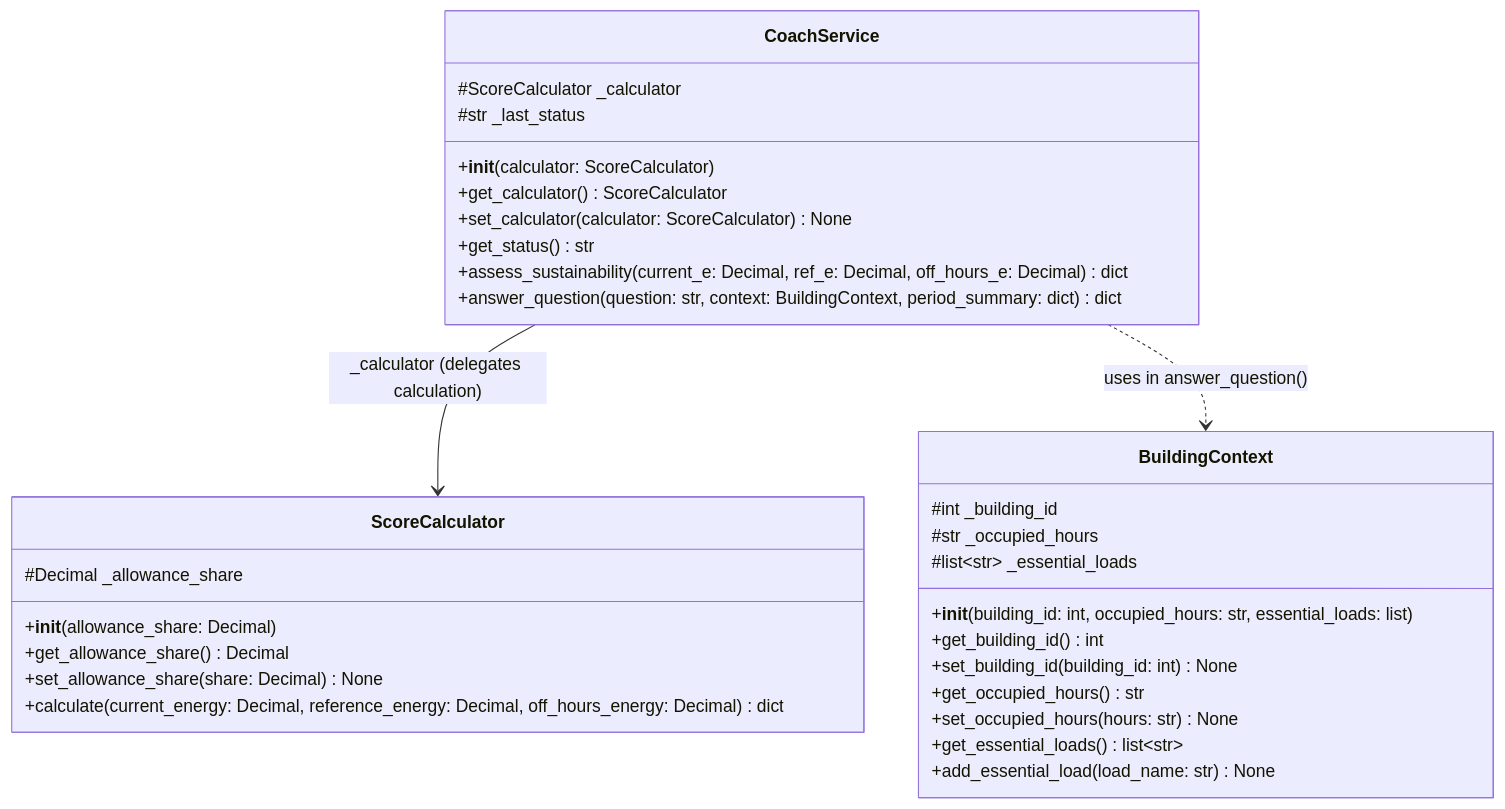
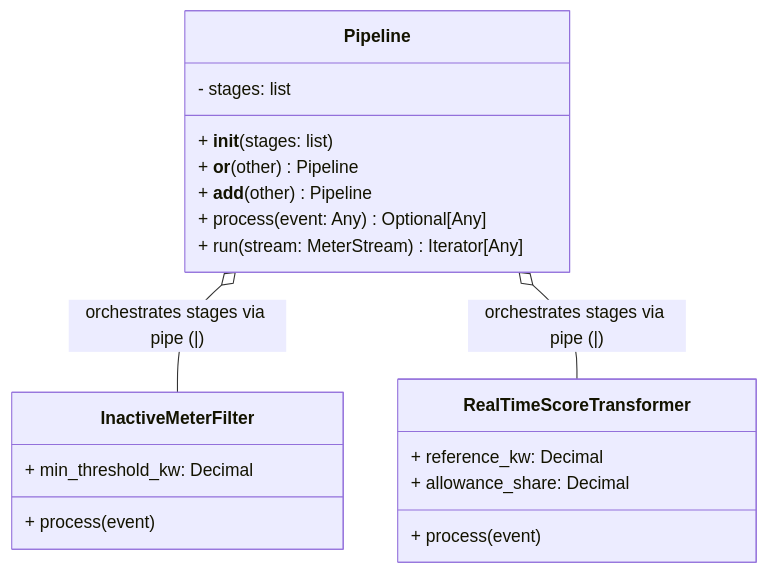
Before and after one commit to danial-rafiee/Capstone-Project: the third of 11 diagrams in README.md, drawn with Mermaid. The commit also changed other lines of this file, not shown here.

````diff
--- a/README.md
+++ b/README.md
@@ -418,40 +440,26 @@
 ```mermaid
 classDiagram
-    class BuildingContext {
-        #int _building_id
-        #str _occupied_hours
-        #list~str~ _essential_loads
-        +__init__(building_id: int, occupied_hours: str, essential_loads: list)
-        +get_building_id() int
-        +set_building_id(building_id: int) None
-        +get_occupied_hours() str
-        +set_occupied_hours(hours: str) None
-        +get_essential_loads() list~str~
-        +add_essential_load(load_name: str) None
+    class Pipeline {
+        - stages: list
+        + __init__(stages: list)
+        + __or__(other) Pipeline
+        + __add__(other) Pipeline
+        + process(event: Any) Optional[Any]
+        + run(stream: MeterStream) Iterator[Any]
     }
 
-
-    class ScoreCalculator {
-        #Decimal _allowance_share
-        +__init__(allowance_share: Decimal)
-        +get_allowance_share() Decimal
-        +set_allowance_share(share: Decimal) None
-        +calculate(current_energy: Decimal, reference_energy: Decimal, off_hours_energy: Decimal) dict
+    class InactiveMeterFilter {
+        + min_threshold_kw: Decimal
+        + process(event)
     }
 
-
-    class CoachService {
-        #ScoreCalculator _calculator
-        #str _last_status
-        +__init__(calculator: ScoreCalculator)
-        +get_calculator() ScoreCalculator
-        +set_calculator(calculator: ScoreCalculator) None
-        +get_status() str
-        +assess_sustainability(current_e: Decimal, ref_e: Decimal, off_hours_e: Decimal) dict
-        +answer_question(question: str, context: BuildingContext, period_summary: dict) dict
+    class RealTimeScoreTransformer {
+        + reference_kw: Decimal
+        + allowance_share: Decimal
+        + process(event)
     }
 
+    Pipeline o-- InactiveMeterFilter : orchestrates stages via pipe (|)
+    Pipeline o-- RealTimeScoreTransformer : orchestrates stages via pipe (|)
 
-    CoachService --> ScoreCalculator : _calculator (delegates calculation)
-    CoachService ..> BuildingContext : uses in answer_question()
 ```
````
